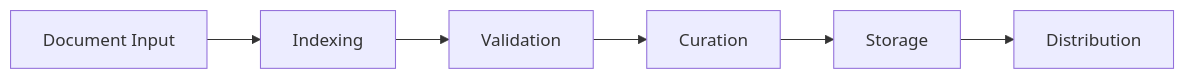
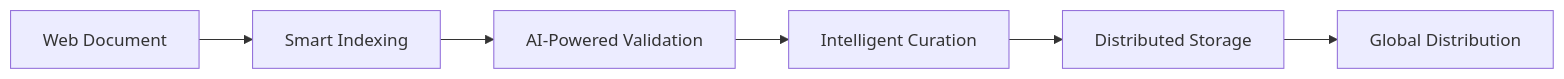
One commit to datahiv3/Legalese-Node-LN1 changed the diagram in docs/technical/ARCHITECTURE.md. Above: the diagram before and after it, drawn with Mermaid. The commit also changed other lines of this file, not shown here.

````diff
--- a/docs/technical/ARCHITECTURE.md
+++ b/docs/technical/ARCHITECTURE.md
@@ -164,8 +108,8 @@
 ```mermaid
 graph LR
-    A[Document Input] --> B[Indexing]
-    B --> C[Validation]
-    C --> D[Curation]
-    D --> E[Storage]
-    E --> F[Distribution]
+    A[Web Document] --> B[Smart Indexing]
+    B --> C[AI-Powered Validation]
+    C --> D[Intelligent Curation]
+    D --> E[Distributed Storage]
+    E --> F[Global Distribution]
 ```
````
